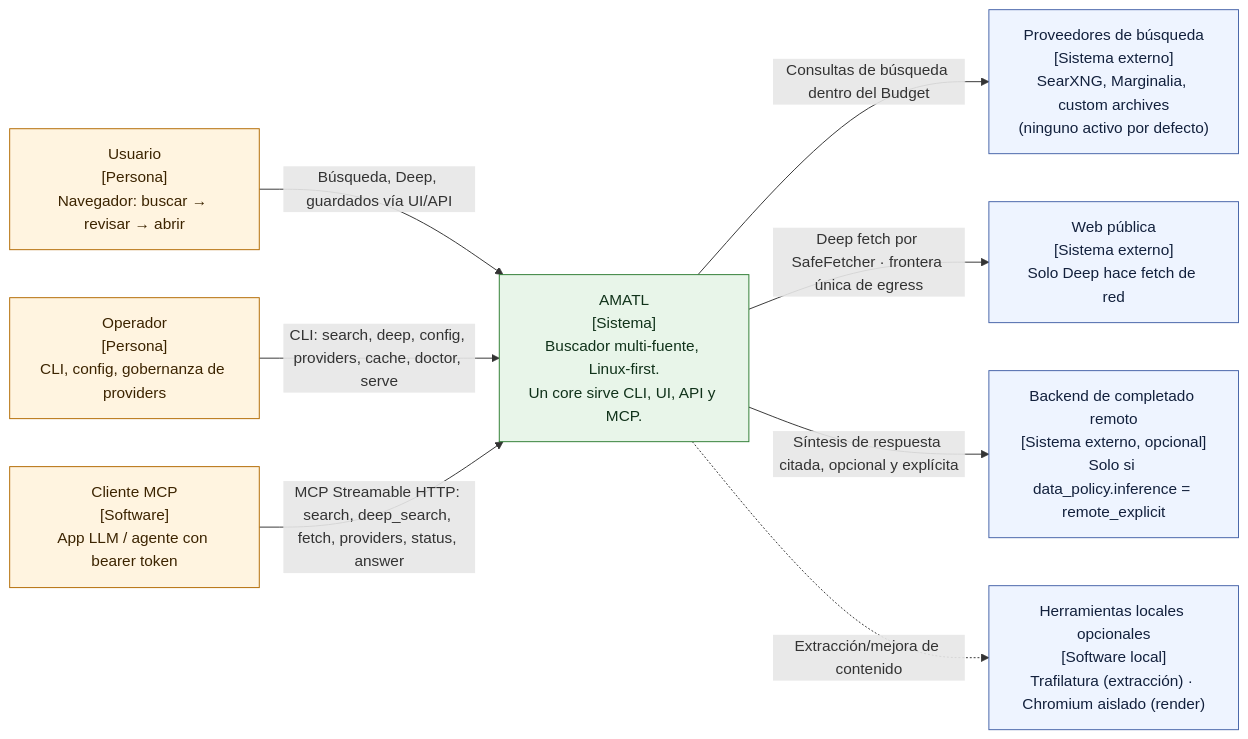
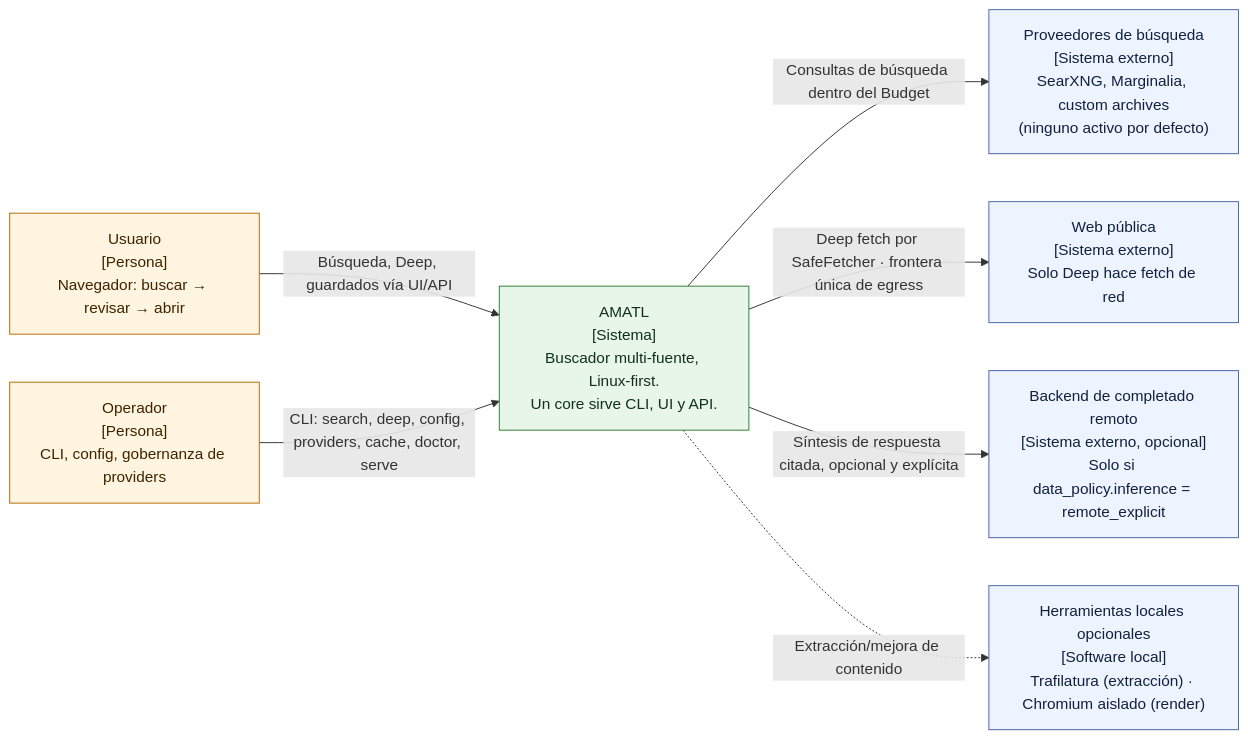
The diagram in docs/diagrams/c4-contexto.mmd (IA-Alex/amatl), drawn with Mermaid before and after one commit. The commit also changed 53 other files, not shown here.

```diff
--- a/docs/diagrams/c4-contexto.mmd
+++ b/docs/diagrams/c4-contexto.mmd
@@ -1,31 +1,29 @@
 %% C4 Nivel 1 — Contexto de AMATL (UML-like, C4)
-%% Fuente: README.md, docs/arquitectura.md, memorias Serena (core, server/http-mcp) y código de crates/.
+%% Fuente: README.md, docs/arquitectura.md, memorias Serena (core, server) y código de crates/.
 %% Renderizar con Mermaid (mmdc o visor de GitHub/GitLab).
 flowchart LR
     usuario["Usuario<br/>[Persona]<br/>Navegador: buscar → revisar → abrir"]
     operador["Operador<br/>[Persona]<br/>CLI, config, gobernanza de providers"]
-    cliente_mcp["Cliente MCP<br/>[Software]<br/>App LLM / agente con bearer token"]
 
-    amatl["AMATL<br/>[Sistema]<br/>Buscador multi-fuente, Linux-first.<br/>Un core sirve CLI, UI, API y MCP."]
+    amatl["AMATL<br/>[Sistema]<br/>Buscador multi-fuente, Linux-first.<br/>Un core sirve CLI, UI y API."]
 
     proveedores["Proveedores de búsqueda<br/>[Sistema externo]<br/>SearXNG, Marginalia, custom archives<br/>(ninguno activo por defecto)"]
     web_publica["Web pública<br/>[Sistema externo]<br/>Solo Deep hace fetch de red"]
     completado["Backend de completado remoto<br/>[Sistema externo, opcional]<br/>Solo si data_policy.inference = remote_explicit"]
 
     local_optional["Herramientas locales opcionales<br/>[Software local]<br/>Trafilatura (extracción) · Chromium aislado (render)"]
 
     usuario -->|Búsqueda, Deep, guardados vía UI/API| amatl
     operador -->|CLI: search, deep, config, providers, cache, doctor, serve| amatl
-    cliente_mcp -->|MCP Streamable HTTP: search, deep_search, fetch, providers, status, answer| amatl
 
     amatl -->|Consultas de búsqueda dentro del Budget| proveedores
     amatl -->|Deep fetch por SafeFetcher · frontera única de egress| web_publica
     amatl -->|Síntesis de respuesta citada, opcional y explícita| completado
     amatl -.->|Extracción/mejora de contenido| local_optional
 
     classDef ext fill:#eef4ff,stroke:#4563a8,color:#12203c
     classDef sys fill:#e8f5e9,stroke:#2e7d32,color:#10321a
     classDef person fill:#fff4e0,stroke:#b26a00,color:#3c2400
-    class usuario,operador,cliente_mcp person
+    class usuario,operador person
     class amatl sys
     class proveedores,web_publica,completado,local_optional ext
```
